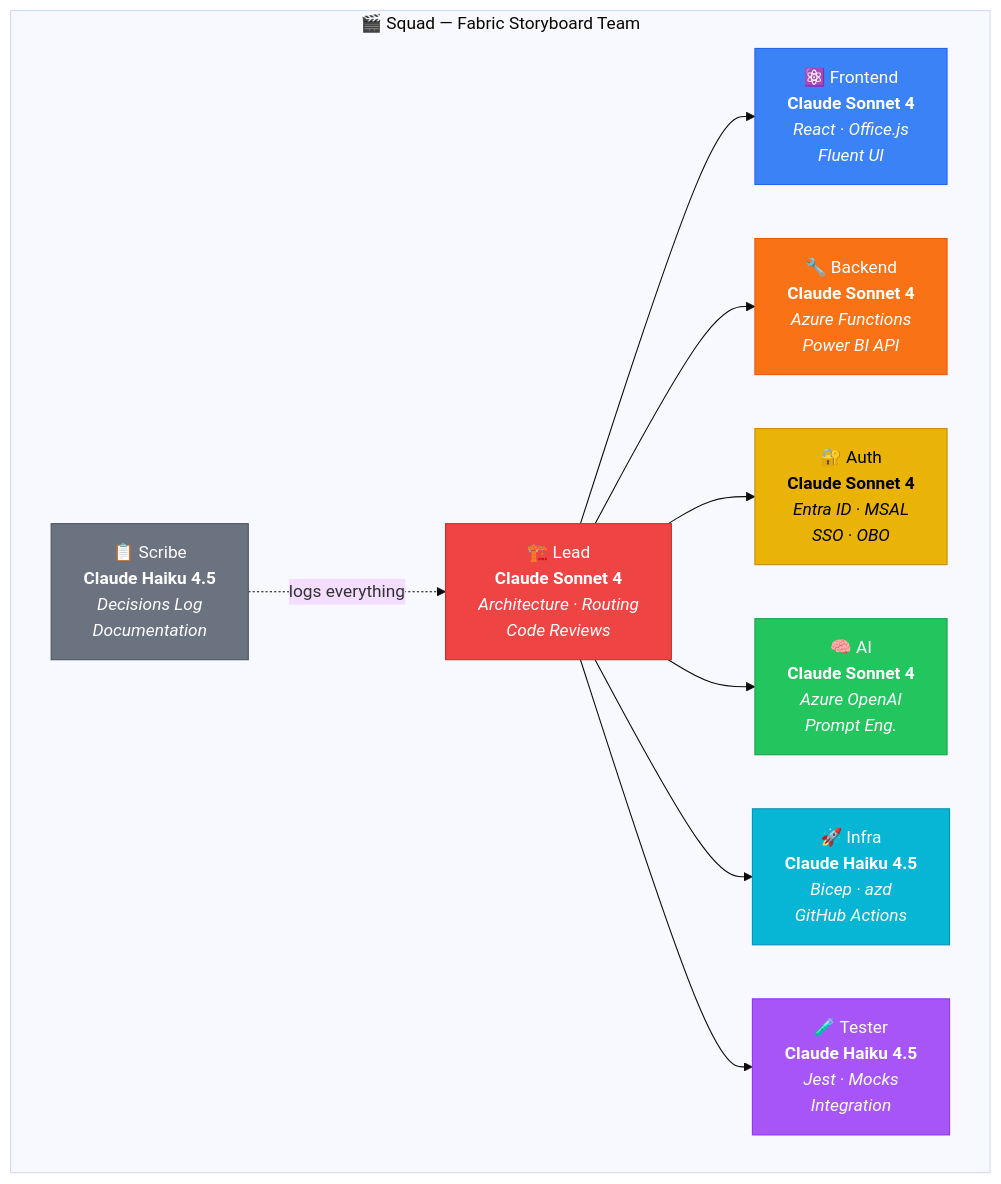
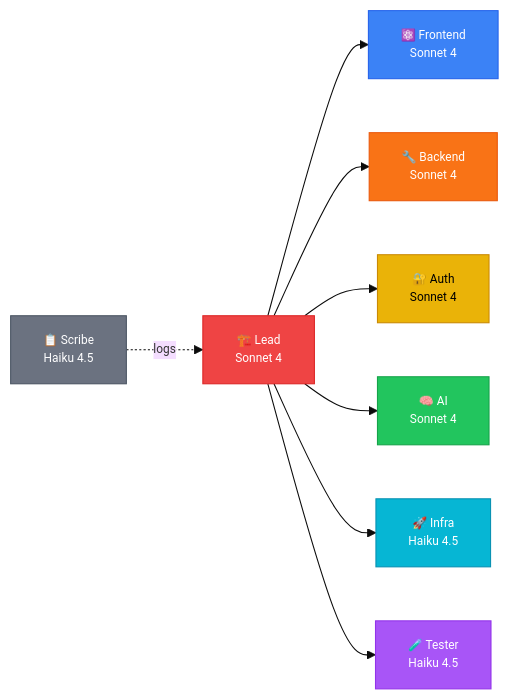
Before and after one commit to fredgis/OfficeAddin: the second of 7 diagrams in prez/presentation.md, drawn with Mermaid. The commit also changed other lines of this file and 2 other files, not shown here.

````diff
--- a/prez/presentation.md
+++ b/prez/presentation.md
@@ -332,26 +274,16 @@
 ```mermaid
-%%{init: {'theme': 'base'}}%%
-graph TD
-    subgraph Squad["🎬 Squad — Fabric Storyboard Team"]
-        Lead["🏗️ Lead<br/><b>Claude Sonnet 4</b><br/><i>Architecture · Routing<br/>Code Reviews</i>"]
-        FE["⚛️ Frontend<br/><b>Claude Sonnet 4</b><br/><i>React · Office.js<br/>Fluent UI</i>"]
-        BE["🔧 Backend<br/><b>Claude Sonnet 4</b><br/><i>Azure Functions<br/>Power BI API</i>"]
-        Auth["🔐 Auth<br/><b>Claude Sonnet 4</b><br/><i>Entra ID · MSAL<br/>SSO · OBO</i>"]
-        AI["🧠 AI<br/><b>Claude Sonnet 4</b><br/><i>Azure OpenAI<br/>Prompt Eng.</i>"]
-        Infra["🚀 Infra<br/><b>Claude Haiku 4.5</b><br/><i>Bicep · azd<br/>GitHub Actions</i>"]
-        Test["🧪 Tester<br/><b>Claude Haiku 4.5</b><br/><i>Jest · Mocks<br/>Integration</i>"]
-        Scribe["📋 Scribe<br/><b>Claude Haiku 4.5</b><br/><i>Decisions Log<br/>Documentation</i>"]
-    end
-
-    Lead --> FE & BE & Auth & AI & Infra & Test
-    Scribe -.->|"logs everything"| Lead
+%%{init: {'theme': 'base', 'themeVariables': {'fontSize': '11px'}}}%%
+graph LR
+    Lead["🏗️ Lead<br/>Sonnet 4"] --> FE["⚛️ Frontend<br/>Sonnet 4"] & BE["🔧 Backend<br/>Sonnet 4"] & Auth["🔐 Auth<br/>Sonnet 4"] & AI["🧠 AI<br/>Sonnet 4"]
+    Lead --> Infra["🚀 Infra<br/>Haiku 4.5"] & Test["🧪 Tester<br/>Haiku 4.5"]
+    Scribe["📋 Scribe<br/>Haiku 4.5"] -.->|"logs"| Lead
 
     style Lead fill:#ef4444,stroke:#dc2626,color:#fff
     style FE fill:#3b82f6,stroke:#2563eb,color:#fff
     style BE fill:#f97316,stroke:#ea580c,color:#fff
     style Auth fill:#eab308,stroke:#ca8a04,color:#000
     style AI fill:#22c55e,stroke:#16a34a,color:#fff
     style Infra fill:#06b6d4,stroke:#0891b2,color:#fff
     style Test fill:#a855f7,stroke:#9333ea,color:#fff
     style Scribe fill:#6b7280,stroke:#4b5563,color:#fff
 ```
````
